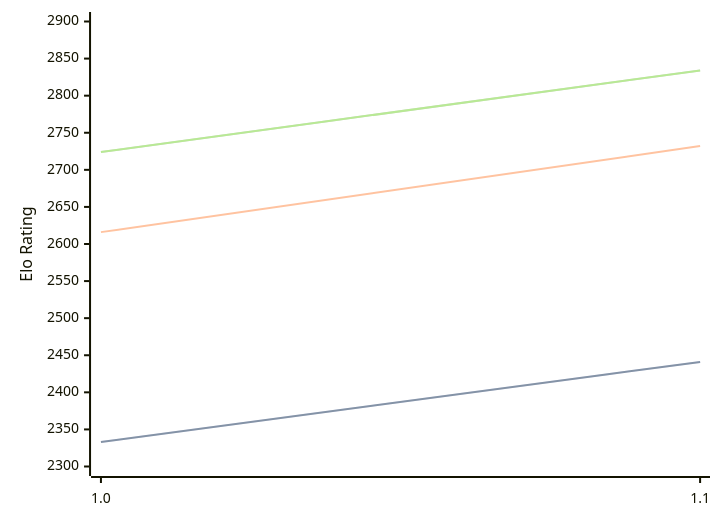
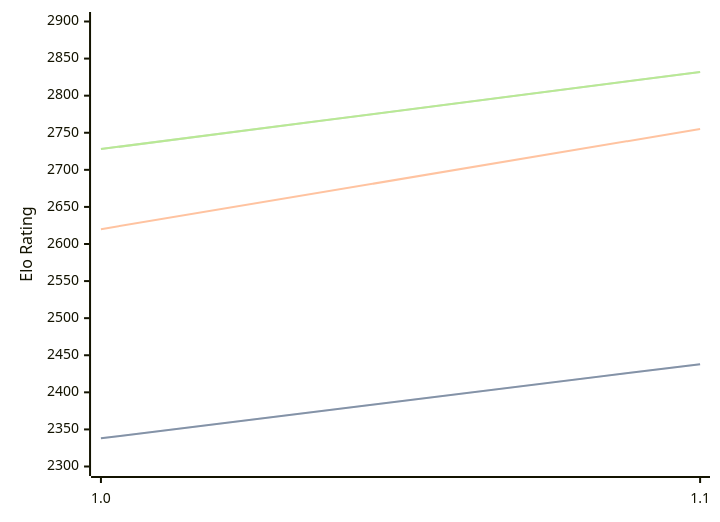
Before and after one commit to computer-chess-index/cci: the diagram in engines/Casanchess.md, drawn with Mermaid. The commit also changed other lines of this file, not shown here.

Commit message:
Update CCI Ratings (ELO VLTC) - 2026-08-18

````diff
--- a/engines/Casanchess.md
+++ b/engines/Casanchess.md
@@ -32,11 +32,11 @@
 ```mermaid
 %%{init: {"theme":"base","themeVariables":{"seriesColors:['#a3a3a3','#222221','#faa371']}}}%%
 xychart-beta
   x-axis ["1.0", "1.1"]
   y-axis "Elo Rating" 2300 --> 2900
-  line "STC (8.0+0.08s)" [2333, 2441]
-  line "STC (8.0+0.08s)" [2333, 2441]
-  line "LTC (60.0+0.60s)" [2616, 2732]
-  line "VLTC (2m24s+1.12s)" [2724, 2834]
-  line "VLTC (2m24s+1.12s)" [2724, 2834]
+  line "STC (8.0+0.08s)" [2338, 2438]
+  line "STC (8.0+0.08s)" [2338, 2438]
+  line "LTC (60.0+0.60s)" [2620, 2755]
+  line "VLTC (2m24s+1.12s)" [2728, 2832]
+  line "VLTC (2m24s+1.12s)" [2728, 2832]
 ```
````
